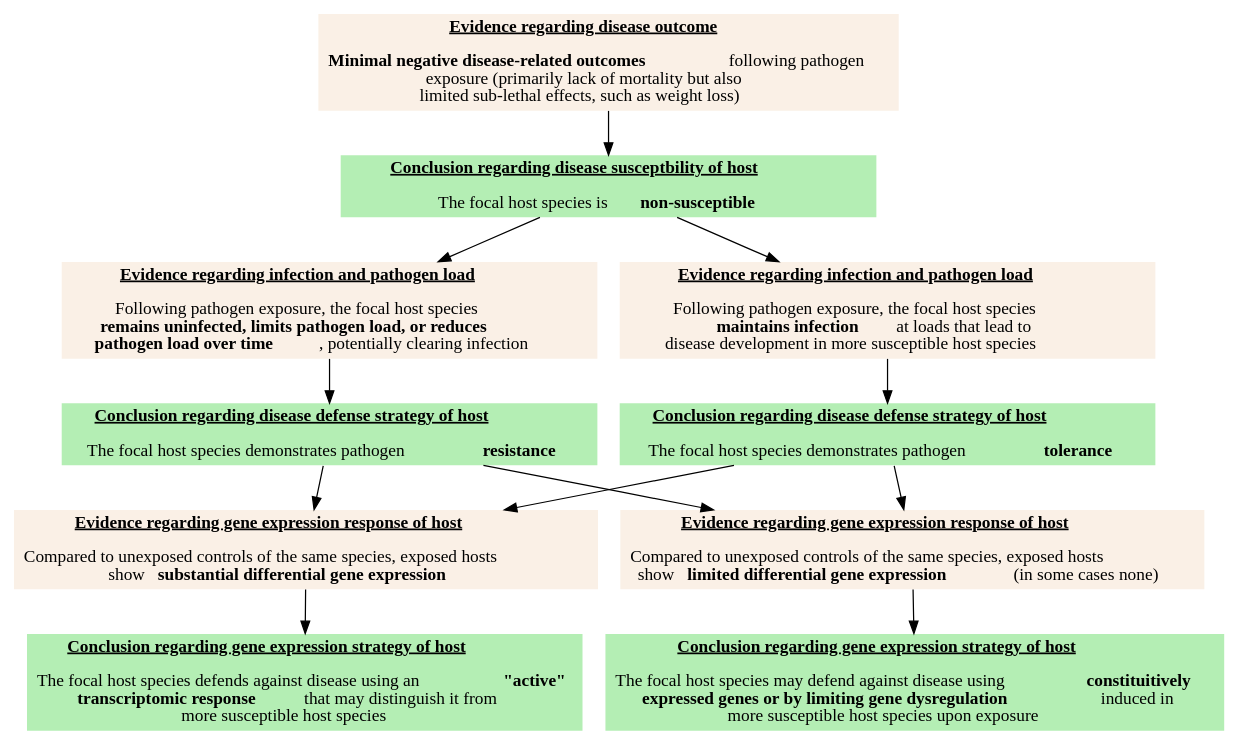
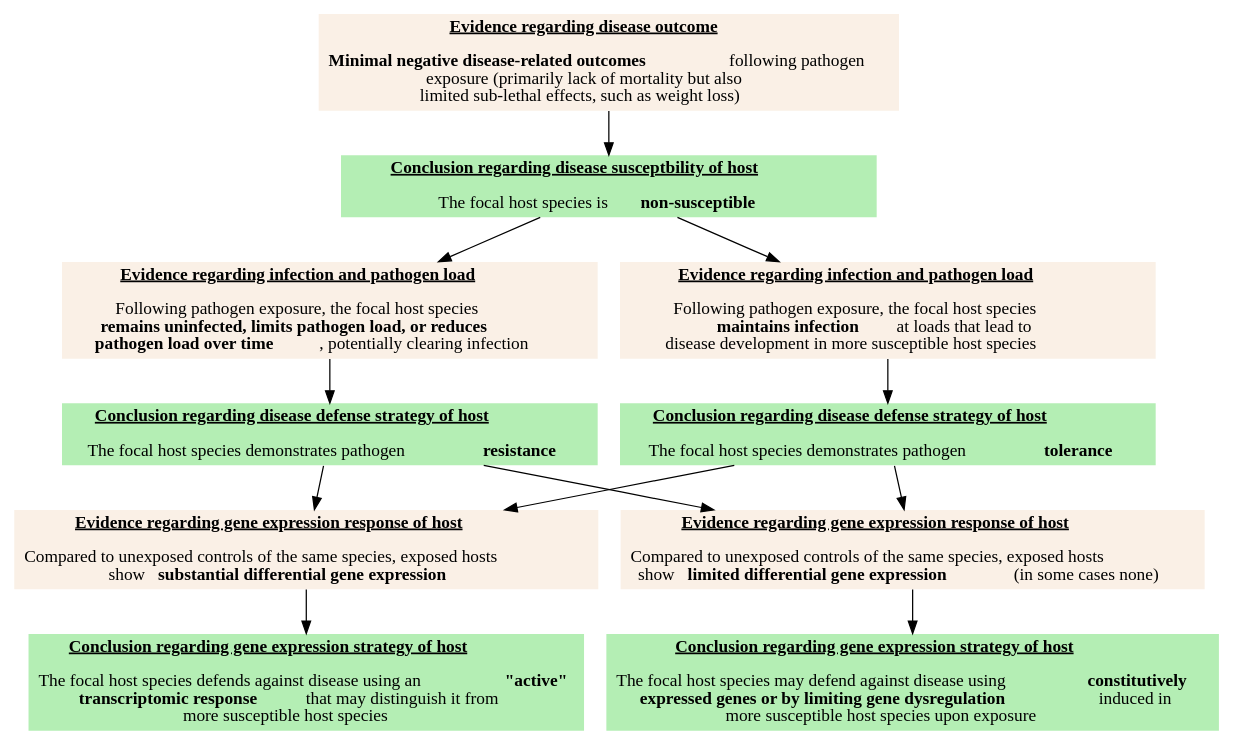
The diagram in data/figures/flowchart.dot (eveskew/wild_expression), drawn with Graphviz before and after one commit. The commit also changed 2 other files, not shown here.

Commit message:
Typo fix in Figure 2 PDF version

```diff
--- a/data/figures/flowchart.dot
+++ b/data/figures/flowchart.dot
@@ -1,31 +1,31 @@
 
 digraph flowchart {
   
   graph [fontsize = 20]
   
   node [shape = box, fontname = Calibri, style = filled, fillcolor = linen, width = 6, penwidth = 0]
   
   e1 [label = <<U><B>Evidence regarding disease outcome</B></U><BR></BR><BR></BR><B>Minimal negative disease-related outcomes</B><B>    </B>following pathogen<BR></BR>exposure (primarily lack of mortality but also<BR></BR>limited sub-lethal effects, such as weight loss)>]
   
   e2 [label = <<U><B>Evidence regarding infection and pathogen load</B></U><BR></BR><BR></BR>Following pathogen exposure, the focal host species<BR></BR><B>remains uninfected, limits pathogen load, or reduces</B><BR></BR><B>pathogen load over time</B><B>  </B>, potentially clearing infection>]
   
   e3 [label = <<U><B>Evidence regarding infection and pathogen load</B></U><BR></BR><BR></BR>Following pathogen exposure, the focal host species<BR></BR><B>maintains infection</B><B>  </B>at loads that lead to<BR></BR>disease development in more susceptible host species>]
   
   e4 [label = <<U><B>Evidence regarding gene expression response of host</B></U><BR></BR><BR></BR>Compared to unexposed controls of the same species, exposed hosts<BR></BR>show <B>substantial differential gene expression</B>>]
   
   e5 [label = <<U><B>Evidence regarding gene expression response of host</B></U><BR></BR><BR></BR>Compared to unexposed controls of the same species, exposed hosts<BR></BR>show <B>limited differential gene expression</B><B>   </B>(in some cases none)>]
   
   node [fillcolor = darkseagreen2]
   
   c1 [label = <<U><B>Conclusion regarding disease susceptbility of host</B></U><BR></BR><BR></BR>The focal host species is <B>non-susceptible</B>>]
   
   c2 [label = <<U><B>Conclusion regarding disease defense strategy of host</B></U><BR></BR><BR></BR>The focal host species demonstrates pathogen   <B>resistance</B>>]
   
   c3 [label = <<U><B>Conclusion regarding disease defense strategy of host</B></U><BR></BR><BR></BR>The focal host species demonstrates pathogen   <B>tolerance</B>>]
   
   c4 [label = <<U><B>Conclusion regarding gene expression strategy of host</B></U><BR></BR><BR></BR>The focal host species defends against disease using an  <B>"active"</B><BR></BR><B>transcriptomic response</B><B>   </B>that may distinguish it from<BR></BR>more susceptible host species>]
   
-  c5 [label = <<U><B>Conclusion regarding gene expression strategy of host</B></U><BR></BR><BR></BR>The focal host species may defend against disease using  <B>constituitively</B><BR></BR><B>expressed genes or by limiting gene dysregulation</B><B>    </B>induced in<BR></BR>more susceptible host species upon exposure>]
+  c5 [label = <<U><B>Conclusion regarding gene expression strategy of host</B></U><BR></BR><BR></BR>The focal host species may defend against disease using  <B>constitutively</B><BR></BR><B>expressed genes or by limiting gene dysregulation</B><B>    </B>induced in<BR></BR>more susceptible host species upon exposure>]
   
   e1 -> c1; c1 -> e2; c1 -> e3; e2 -> c2; e3 -> c3; c2 -> e4; c2 -> e5; c3 -> e4; c3 -> e5; e4 -> c4; e5 -> c5
 }
```
